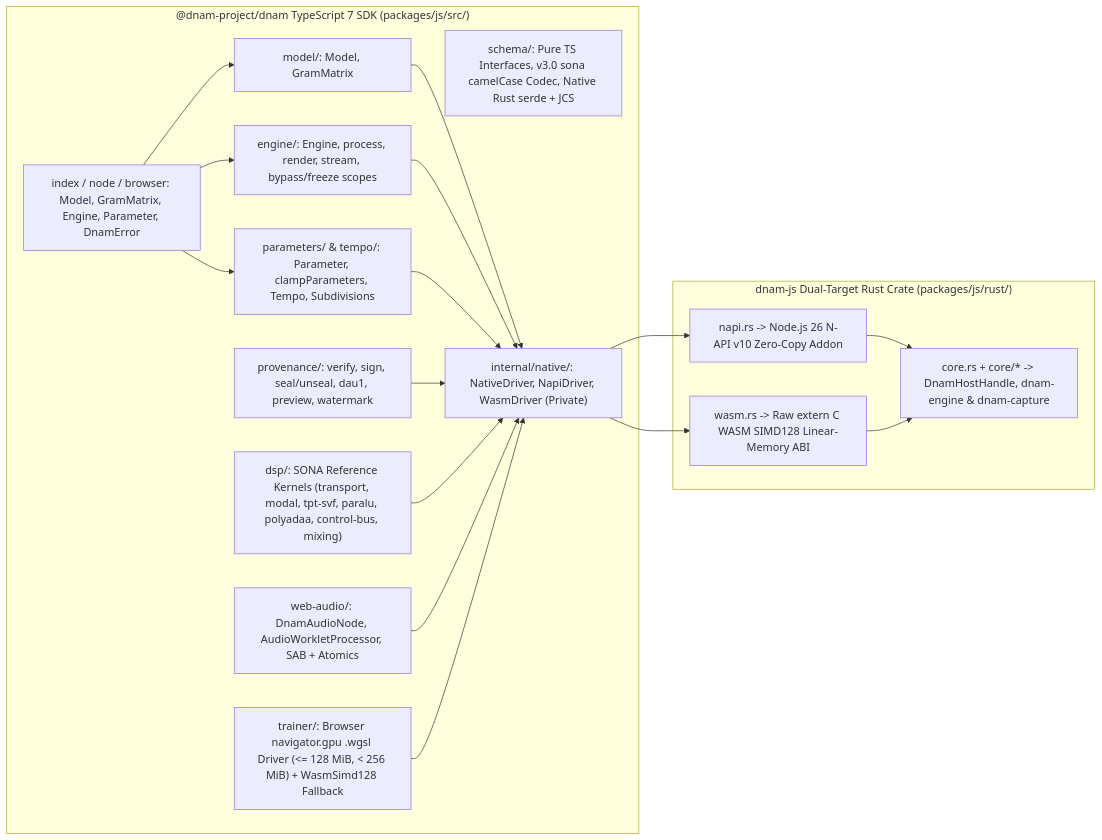
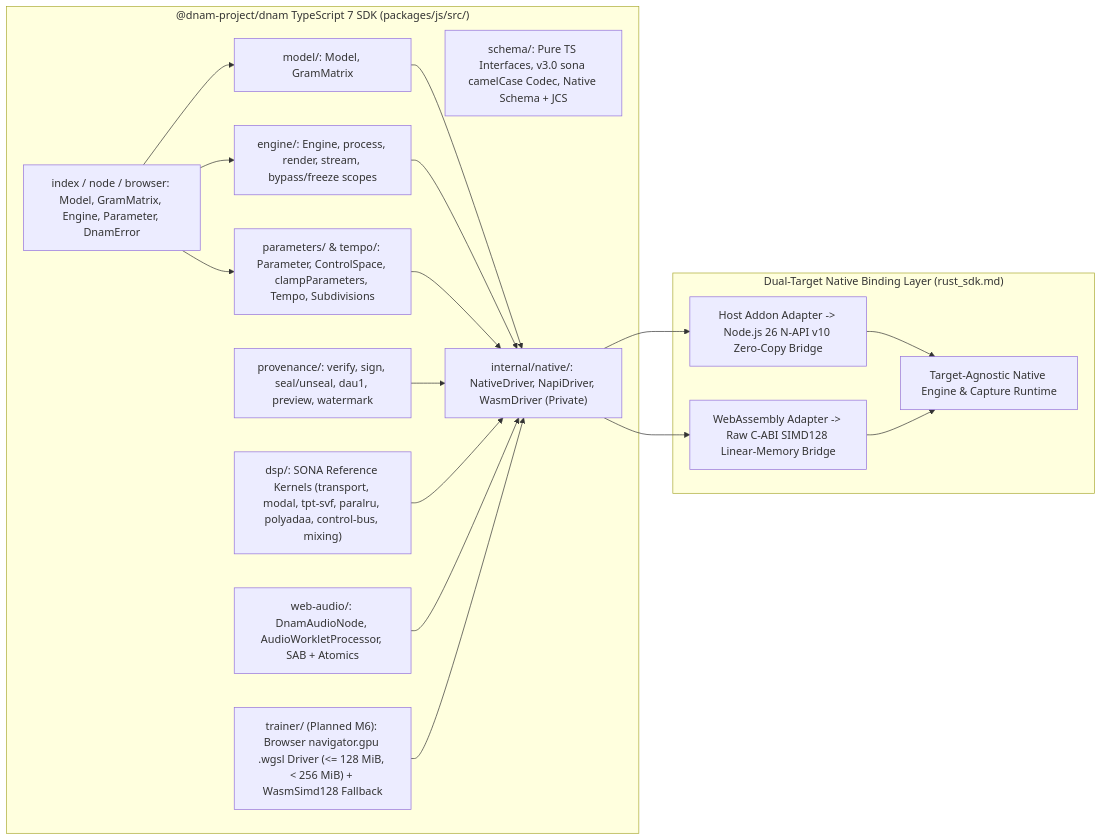
Before and after one commit to mokugen/dnam: the diagram in docs/specs/sdks/typescript_sdk.md, drawn with Mermaid. The commit also changed other lines of this file and 198 other files, not shown here.

Commit message:
docs(specs,sdks,adr,tests): make 16 domain specs language-agnostic, extract rust_sdk.md & enforce one-way guardrails

````diff
--- a/docs/specs/sdks/typescript_sdk.md
+++ b/docs/specs/sdks/typescript_sdk.md
@@ -44,26 +48,26 @@
 ```mermaid
 flowchart LR
     subgraph TsSDK ["@dnam-project/dnam TypeScript 7 SDK (packages/js/src/)"]
         Top["index / node / browser: Model, GramMatrix, Engine, Parameter, DnamError"]
         Mod["model/: Model, GramMatrix"]
         Eng["engine/: Engine, process, render, stream, bypass/freeze scopes"]
-        Par["parameters/ & tempo/: Parameter, clampParameters, Tempo, Subdivisions"]
-        Sch["schema/: Pure TS Interfaces, v3.0 sona camelCase Codec, Native Rust serde + JCS"]
+        Par["parameters/ & tempo/: Parameter, ControlSpace, clampParameters, Tempo, Subdivisions"]
+        Sch["schema/: Pure TS Interfaces, v3.0 sona camelCase Codec, Native Schema + JCS"]
         Prov["provenance/: verify, sign, seal/unseal, dau1, preview, watermark"]
-        Dsp["dsp/: SONA Reference Kernels (transport, modal, tpt-svf, paralu, polyadaa, control-bus, mixing)"]
+        Dsp["dsp/: SONA Reference Kernels (transport, modal, tpt-svf, paralru, polyadaa, control-bus, mixing)"]
         Web["web-audio/: DnamAudioNode, AudioWorkletProcessor, SAB + Atomics"]
-        Gpu["trainer/: Browser navigator.gpu .wgsl Driver (<= 128 MiB, < 256 MiB) + WasmSimd128 Fallback"]
+        Gpu["trainer/ (Planned M6): Browser navigator.gpu .wgsl Driver (<= 128 MiB, < 256 MiB) + WasmSimd128 Fallback"]
         Int["internal/native/: NativeDriver, NapiDriver, WasmDriver (Private)"]
     end
 
-    subgraph RustCrate ["dnam-js Dual-Target Rust Crate (packages/js/rust/)"]
-        RCore["core.rs + core/* -> DnamHostHandle, dnam-engine & dnam-capture"]
-        RNapi["napi.rs -> Node.js 26 N-API v10 Zero-Copy Addon"]
-        RWasm["wasm.rs -> Raw extern C WASM SIMD128 Linear-Memory ABI"]
+    subgraph NativeRuntime ["Dual-Target Native Binding Layer (rust_sdk.md)"]
+        RNapi["Host Addon Adapter -> Node.js 26 N-API v10 Zero-Copy Bridge"]
+        RWasm["WebAssembly Adapter -> Raw C-ABI SIMD128 Linear-Memory Bridge"]
+        RCore["Target-Agnostic Native Engine & Capture Runtime"]
     end
 
     Top --> Mod & Eng & Par
     Mod & Eng & Par & Prov & Dsp & Web & Gpu --> Int
     Int --> RNapi & RWasm
     RNapi & RWasm --> RCore
 ```
````
